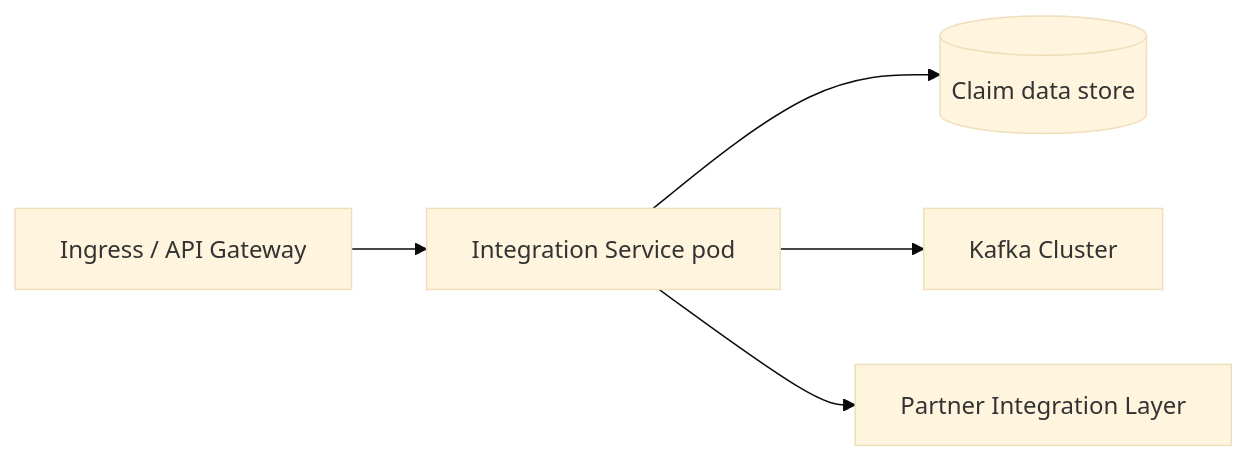
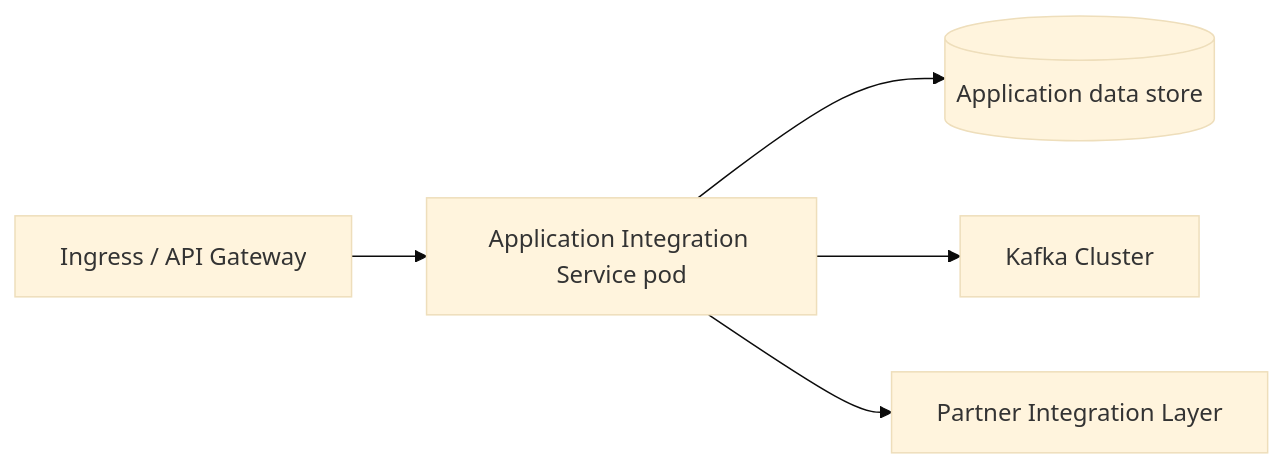
The seventh of 7 diagrams in HLD.md (srinivma1/awesome-copilot), drawn with Mermaid (base theme) before and after one commit. The commit also changed other lines of this file, not shown here.

````diff
--- a/HLD.md
+++ b/HLD.md
@@ -705,7 +704,7 @@
 ```mermaid
 flowchart LR
-    Ingress[Ingress / API Gateway] --> Pod1[Integration Service pod]
-    Pod1 --> DB[(Claim data store)]
+    Ingress[Ingress / API Gateway] --> Pod1[Application Integration Service pod]
+    Pod1 --> DB[(Application data store)]
     Pod1 --> Kafka[Kafka Cluster]
     Pod1 --> Partner[Partner Integration Layer]
 ```
````
